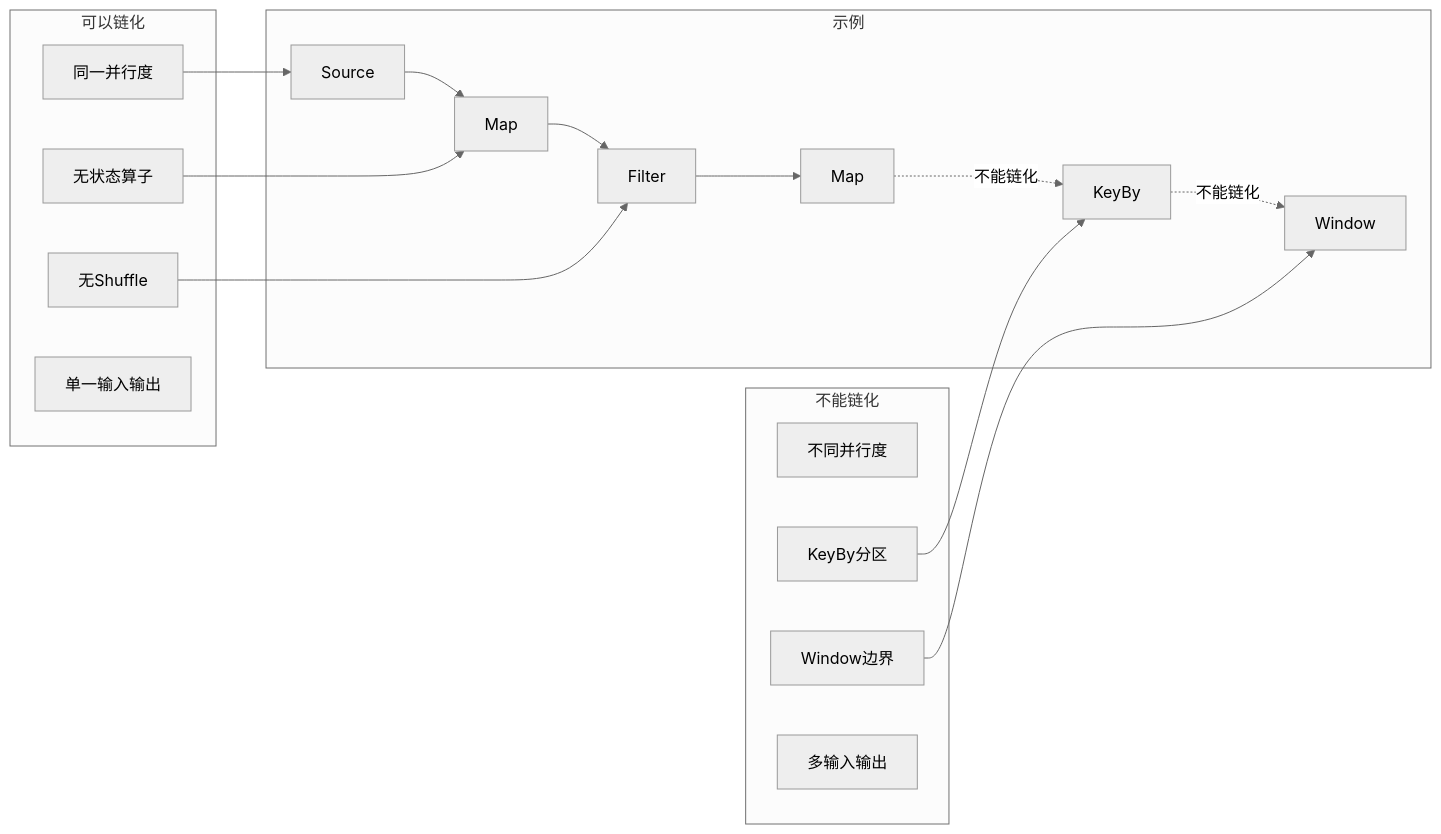
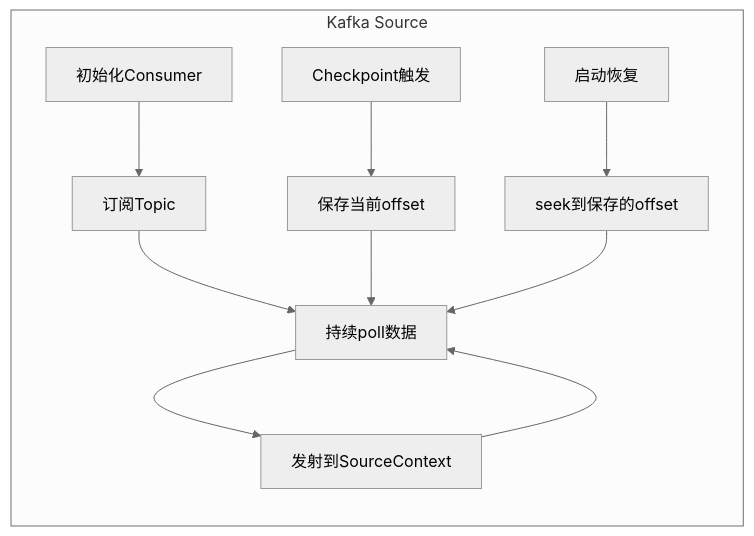
The third of 23 diagrams in pipeline-framework-design.md (312268112/advanced-java), drawn with Mermaid (neutral theme) before and after one commit. The commit also changed other lines of this file, not shown here.

````diff
--- a/pipeline-framework-design.md
+++ b/pipeline-framework-design.md
@@ -699,31 +188,15 @@
 ```mermaid
 graph LR
-    subgraph "可以链化"
-        C1[同一并行度]
-        C2[无状态算子]
-        C3[无Shuffle]
-        C4[单一输入输出]
+    subgraph "Kafka Source"
+        Init[初始化Consumer] --> Subscribe[订阅Topic]
+        Subscribe --> Poll[持续poll数据]
+        Poll --> Emit[发射到SourceContext]
+        Emit --> Poll
+        
+        Checkpoint[Checkpoint触发] --> SaveOffset[保存当前offset]
+        SaveOffset --> Poll
+        
+        Recover[启动恢复] --> SeekOffset[seek到保存的offset]
+        SeekOffset --> Poll
     end
-    
-    subgraph "不能链化"
-        N1[不同并行度]
-        N2[KeyBy分区]
-        N3[Window边界]
-        N4[多输入输出]
-    end
-    
-    subgraph "示例"
-        E1[Source] --> E2[Map]
-        E2 --> E3[Filter]
-        E3 --> E4[Map]
-        E4 -.不能链化.-> E5[KeyBy]
-        E5 -.不能链化.-> E6[Window]
-    end
-    
-    C1 --> E1
-    C2 --> E2
-    C3 --> E3
-    
-    N2 --> E5
-    N3 --> E6
 ```
````
